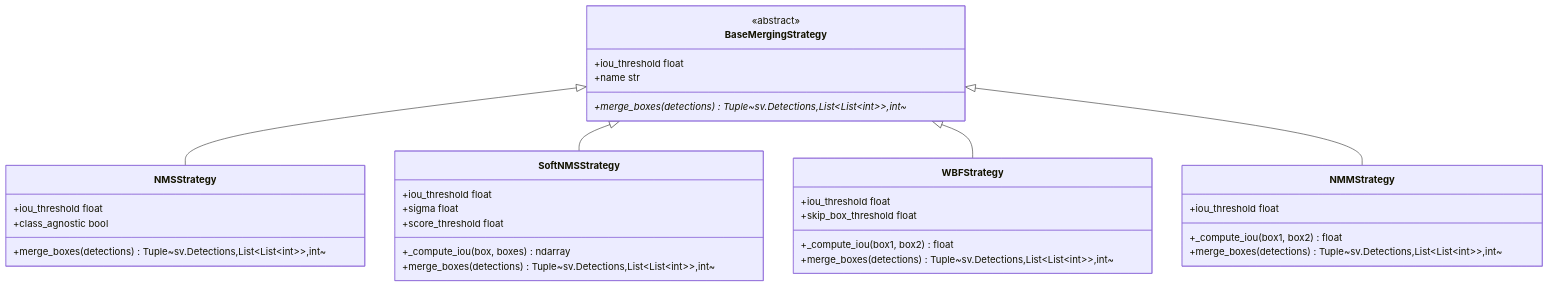
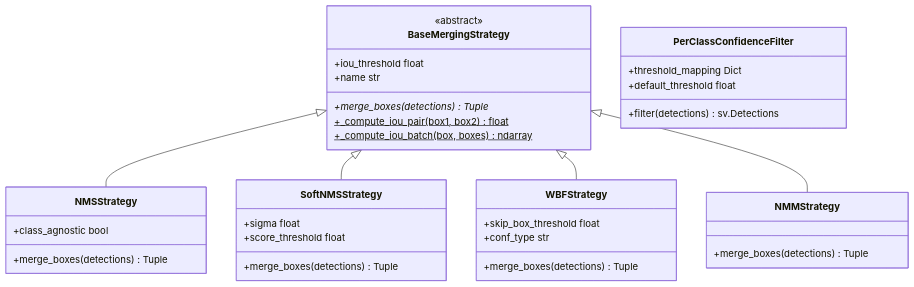
One commit to Black-Bee-Drones/nectar-sdk changed the fifth of 5 diagrams in nectar/nectar/ai/detection/README.md. Above: the diagram before and after it, drawn with Mermaid. The commit also changed other lines of this file and 1 other file, not shown here.

````diff
--- a/nectar/nectar/ai/detection/README.md
+++ b/nectar/nectar/ai/detection/README.md
@@ -778,41 +786,43 @@
 ```mermaid
 classDiagram
     class BaseMergingStrategy {
         <<abstract>>
         +iou_threshold float
         +name str
-        +merge_boxes(detections)* Tuple~sv.Detections,List~List~int~~,int~
+        +merge_boxes(detections)* Tuple
+        +_compute_iou_pair(box1, box2)$ float
+        +_compute_iou_batch(box, boxes)$ ndarray
     }
 
     class NMSStrategy {
-        +iou_threshold float
         +class_agnostic bool
-        +merge_boxes(detections) Tuple~sv.Detections,List~List~int~~,int~
+        +merge_boxes(detections) Tuple
     }
 
     class SoftNMSStrategy {
-        +iou_threshold float
         +sigma float
         +score_threshold float
-        +_compute_iou(box, boxes) ndarray
-        +merge_boxes(detections) Tuple~sv.Detections,List~List~int~~,int~
+        +merge_boxes(detections) Tuple
     }
 
     class WBFStrategy {
-        +iou_threshold float
         +skip_box_threshold float
-        +_compute_iou(box1, box2) float
-        +merge_boxes(detections) Tuple~sv.Detections,List~List~int~~,int~
+        +conf_type str
+        +merge_boxes(detections) Tuple
     }
 
     class NMMStrategy {
-        +iou_threshold float
-        +_compute_iou(box1, box2) float
-        +merge_boxes(detections) Tuple~sv.Detections,List~List~int~~,int~
+        +merge_boxes(detections) Tuple
+    }
+
+    class PerClassConfidenceFilter {
+        +threshold_mapping Dict
+        +default_threshold float
+        +filter(detections) sv.Detections
     }
 
     BaseMergingStrategy <|-- NMSStrategy
     BaseMergingStrategy <|-- SoftNMSStrategy
     BaseMergingStrategy <|-- WBFStrategy
     BaseMergingStrategy <|-- NMMStrategy
 ```
````
